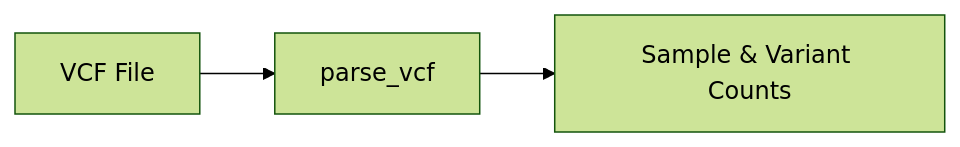
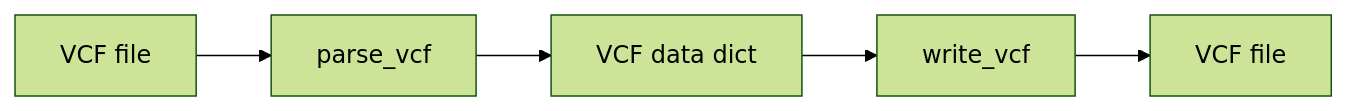
One commit to docxology/MetaInformAnt changed the diagram in docs/dna/variants.md. Above: the diagram before and after it, drawn with Mermaid (forest theme). The commit also changed other lines of this file and 532 other files, not shown here.

````diff
--- a/docs/dna/variants.md
+++ b/docs/dna/variants.md
@@ -5,4 +5,4 @@
 ```mermaid
 flowchart LR
-  AvcfFile[VCF File] --> BparseVcf[parse_vcf] --> Csample&VariantCounts[Sample & Variant Counts]
+  AvcfFile[VCF file] --> BparseVcf[parse_vcf] --> CvcfData[VCF data dict] --> DwriteVcf[write_vcf] --> EvcfOut[VCF file]
 ```
````
